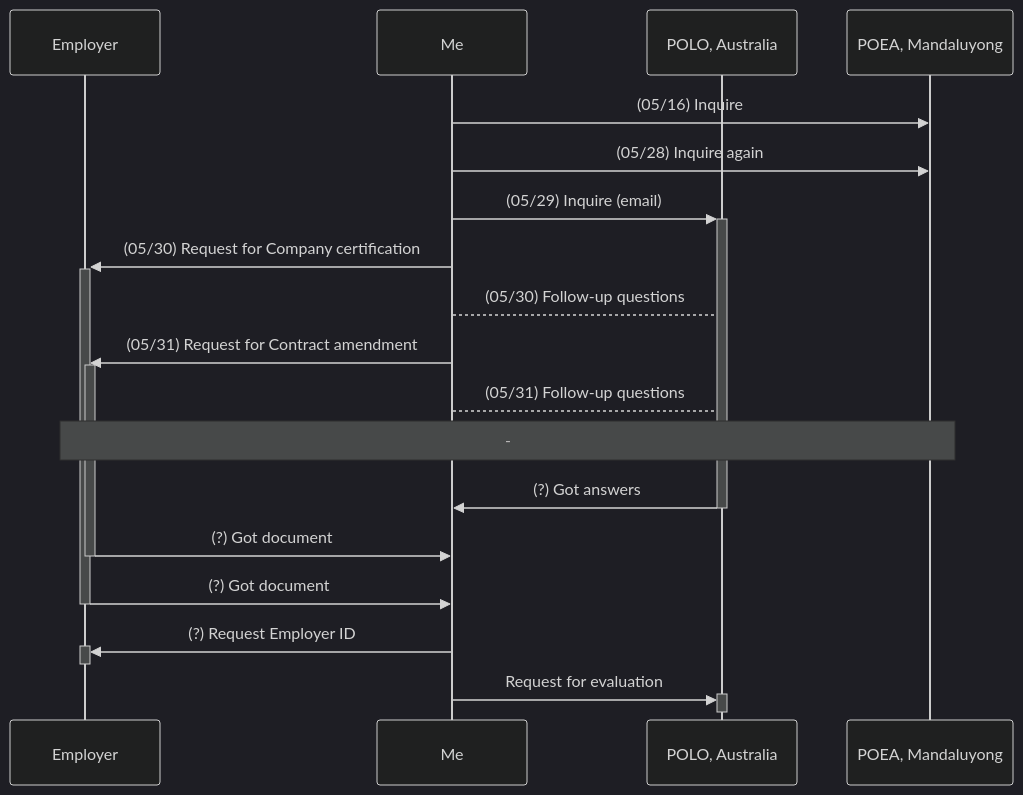
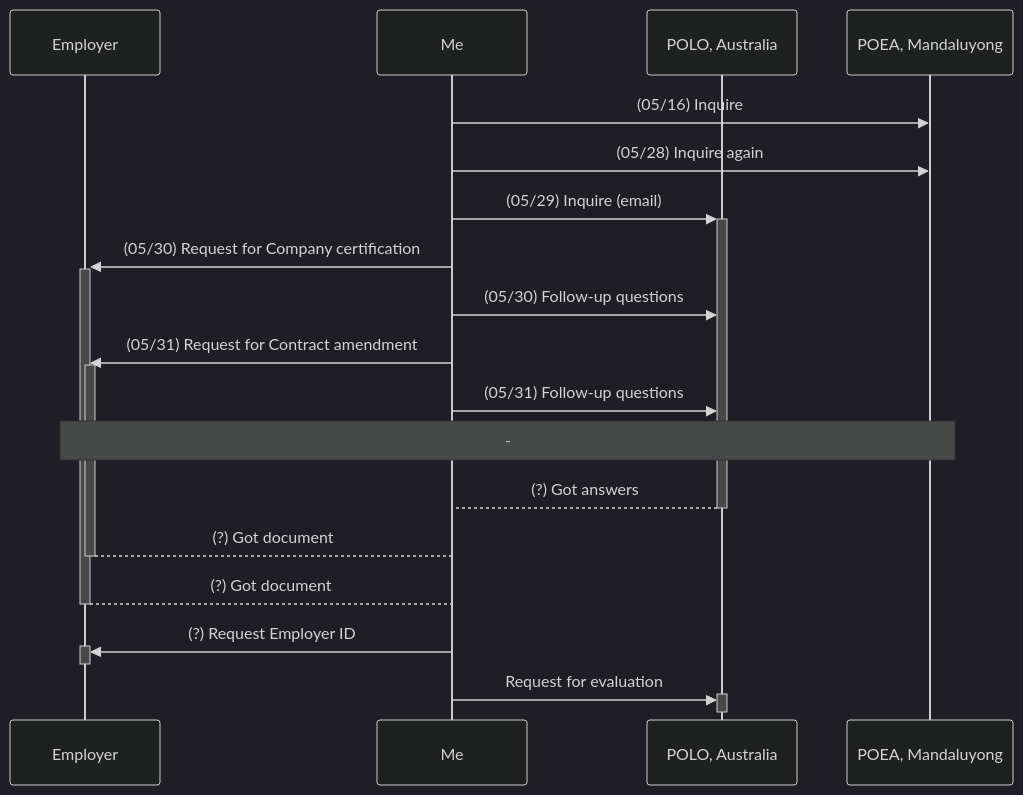
The diagram in docs/rico_timeline.md (rstacruz/oec-guide), drawn with Mermaid (dark theme) before and after one commit.

````diff
--- a/docs/rico_timeline.md
+++ b/docs/rico_timeline.md
@@ -14,26 +14,26 @@
 ```mermaid
 sequenceDiagram
 participant Employer
 participant Me
 participant POLO as POLO, Australia
 participant POEA as POEA, Mandaluyong
 
 Me->>POEA: (05/16) Inquire
 Me->>POEA: (05/28) Inquire again
 Me->>+POLO: (05/29) Inquire (email)
 Me->>+Employer: (05/30) Request for Company certification
-Me-->POLO: (05/30) Follow-up questions
+Me->>POLO: (05/30) Follow-up questions
 Me->>+Employer: (05/31) Request for Contract amendment
-Me-->POLO: (05/31) Follow-up questions
+Me->>POLO: (05/31) Follow-up questions
 
 Note over Employer,POEA: -
 
-POLO->>-Me: (?) Got answers
-Employer->>-Me: (?) Got document
-Employer->>-Me: (?) Got document
+POLO-->-Me: (?) Got answers
+Employer-->-Me: (?) Got document
+Employer-->-Me: (?) Got document
 
 Me->>+Employer: (?) Request Employer ID
 deactivate Employer
 Me->>+POLO: Request for evaluation
 deactivate POLO
 ```
````
